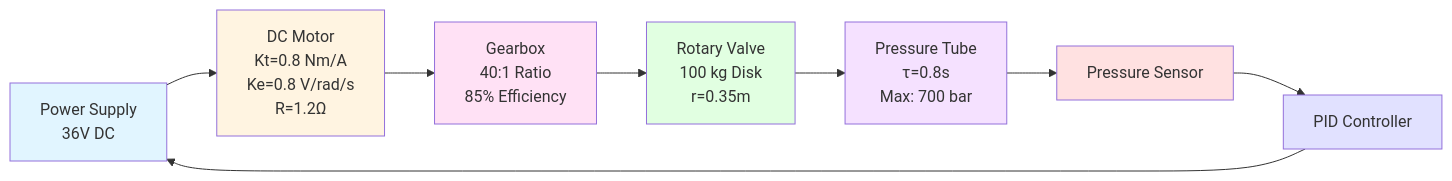
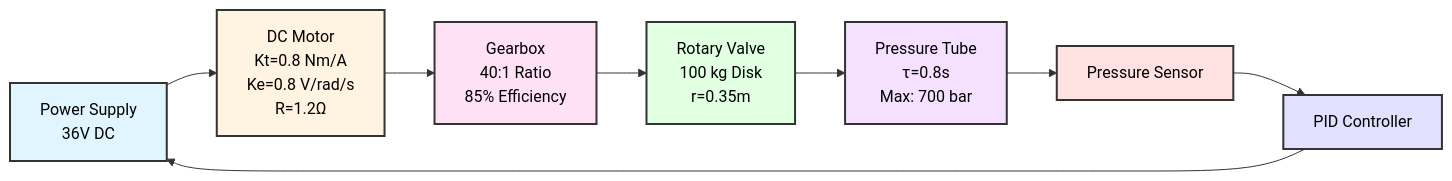
The first of 5 diagrams in README.md (chetan0021/pressure_regulation), drawn with Mermaid before and after one commit. The commit also changed other lines of this file, not shown here.

Commit message:
Fix Mermaid diagram text visibility with better contrast

````diff
--- a/README.md
+++ b/README.md
@@ -19,18 +19,18 @@
 ```mermaid
 graph LR
     A[Power Supply<br/>36V DC] --> B[DC Motor<br/>Kt=0.8 Nm/A<br/>Ke=0.8 V/rad/s<br/>R=1.2Ω]
     B --> C[Gearbox<br/>40:1 Ratio<br/>85% Efficiency]
     C --> D[Rotary Valve<br/>100 kg Disk<br/>r=0.35m]
     D --> E[Pressure Tube<br/>τ=0.8s<br/>Max: 700 bar]
     E --> F[Pressure Sensor]
     F --> G[PID Controller]
     G --> A
     
-    style A fill:#e1f5ff
-    style B fill:#fff4e1
-    style C fill:#ffe1f5
-    style D fill:#e1ffe1
-    style E fill:#f5e1ff
-    style F fill:#ffe1e1
-    style G fill:#e1e1ff
+    style A fill:#e1f5ff,stroke:#333,stroke-width:2px,color:#000
+    style B fill:#fff4e1,stroke:#333,stroke-width:2px,color:#000
+    style C fill:#ffe1f5,stroke:#333,stroke-width:2px,color:#000
+    style D fill:#e1ffe1,stroke:#333,stroke-width:2px,color:#000
+    style E fill:#f5e1ff,stroke:#333,stroke-width:2px,color:#000
+    style F fill:#ffe1e1,stroke:#333,stroke-width:2px,color:#000
+    style G fill:#e1e1ff,stroke:#333,stroke-width:2px,color:#000
 ```
````
